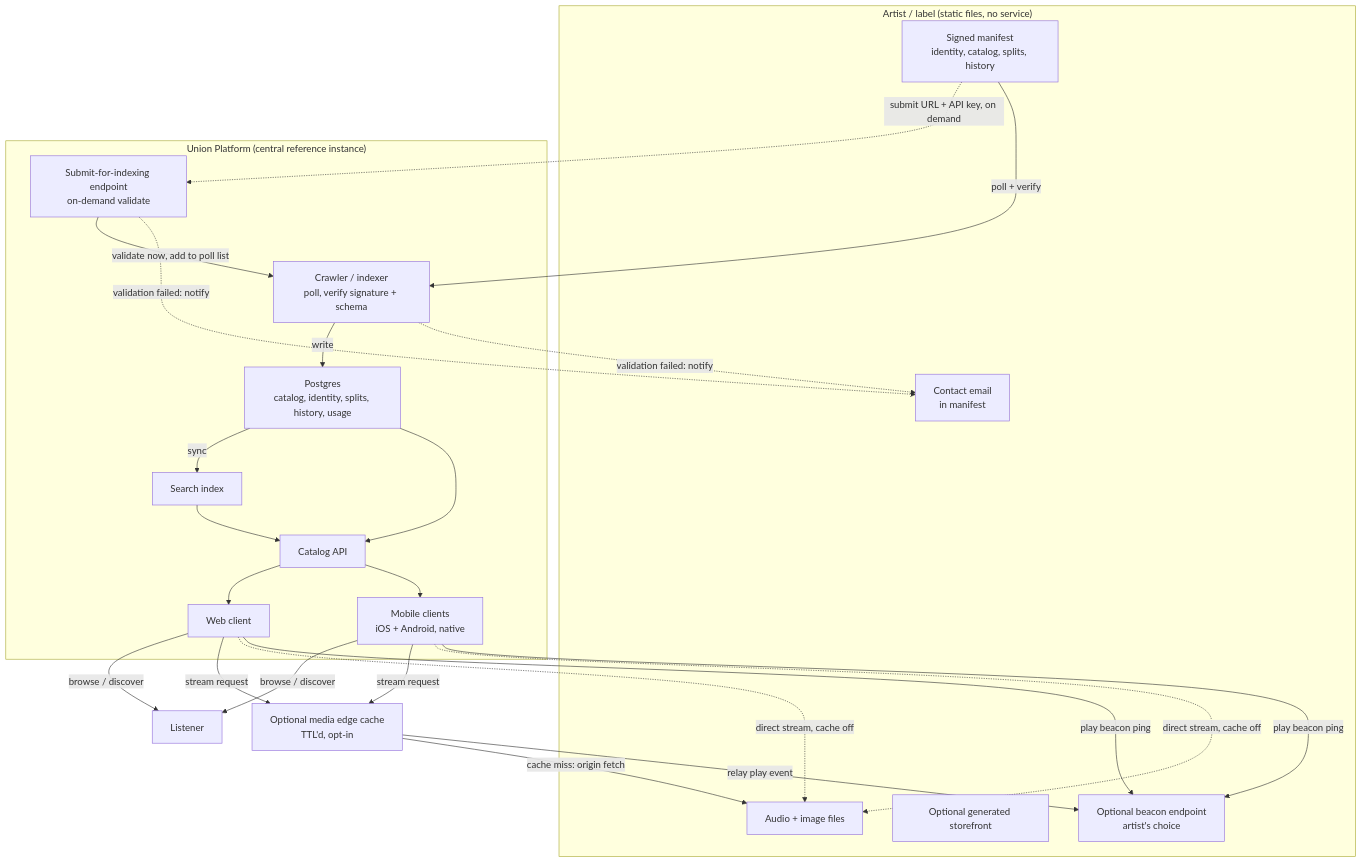
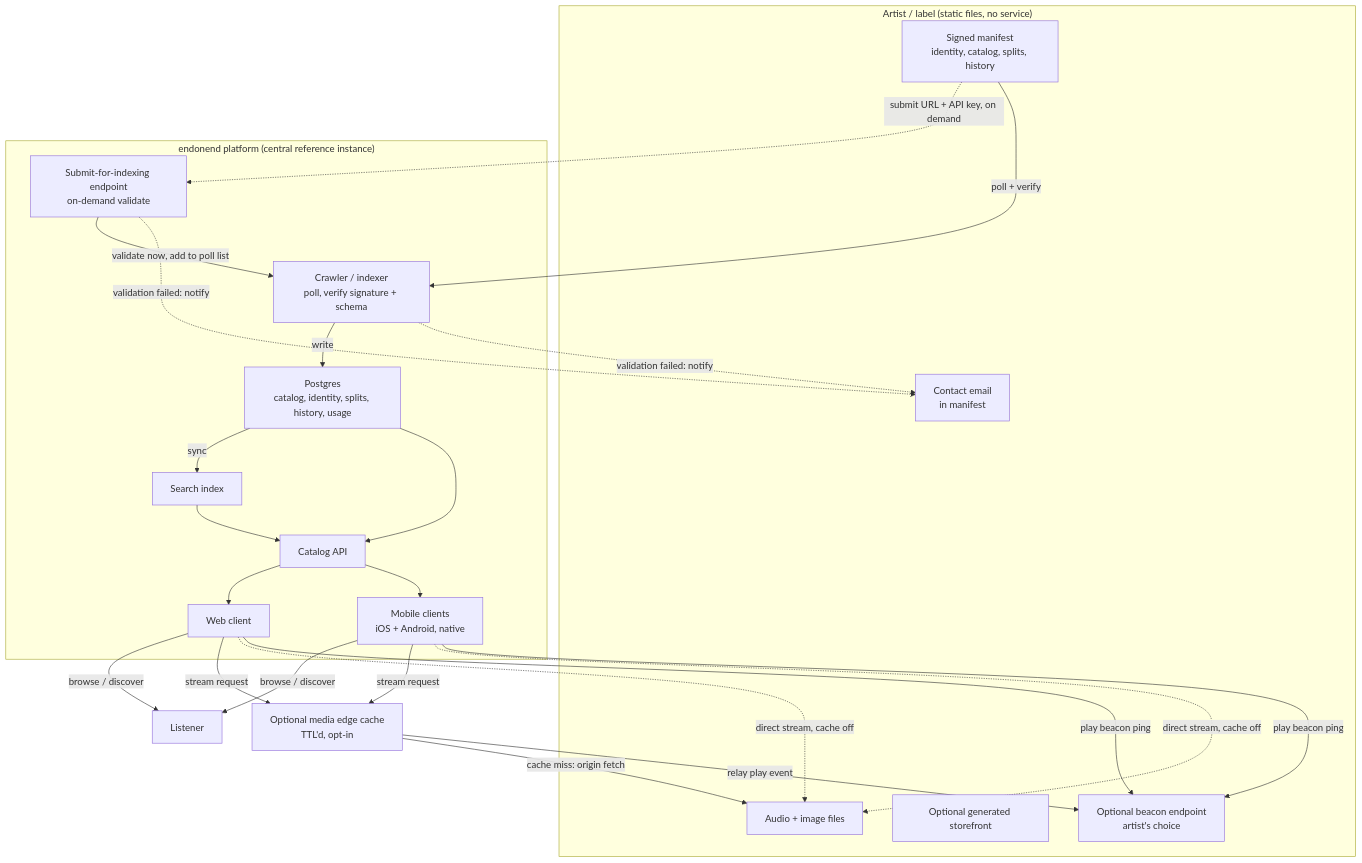
One commit to geekpunk/endonend changed the diagram in KB/0002-architecture.md. Above: the diagram before and after it, drawn with Mermaid. The commit also changed other lines of this file and 32 other files, not shown here.

````diff
--- a/KB/0002-architecture.md
+++ b/KB/0002-architecture.md
@@ -27,49 +27,49 @@
 ```mermaid
 flowchart TB
     subgraph Artist["Artist / label (static files, no service)"]
         Manifest["Signed manifest<br/>identity, catalog, splits, history"]
         Media["Audio + image files"]
         Storefront["Optional generated storefront"]
         Beacon["Optional beacon endpoint<br/>artist's choice"]
         ContactEmail["Contact email<br/>in manifest"]
     end
 
-    subgraph Union["Union Platform (central reference instance)"]
+    subgraph Platform["endonend platform (central reference instance)"]
         Submit["Submit-for-indexing endpoint<br/>on-demand validate"]
         Crawler["Crawler / indexer<br/>poll, verify signature + schema"]
         DB["Postgres<br/>catalog, identity, splits, history, usage"]
         Search["Search index"]
         API["Catalog API"]
         WebApp["Web client"]
         MobileApp["Mobile clients<br/>iOS + Android, native"]
     end
 
     Cache["Optional media edge cache<br/>TTL'd, opt-in"]
     Listener["Listener"]
 
     Manifest -. "submit URL + API key, on demand" .-> Submit
     Submit -- "validate now, add to poll list" --> Crawler
     Submit -. "validation failed: notify" .-> ContactEmail
     Manifest -- "poll + verify" --> Crawler
     Crawler -- "write" --> DB
     Crawler -. "validation failed: notify" .-> ContactEmail
     DB -- "sync" --> Search
     DB --> API
     Search --> API
     API --> WebApp
     API --> MobileApp
 
     WebApp -- "browse / discover" --> Listener
     MobileApp -- "browse / discover" --> Listener
 
     WebApp -- "stream request" --> Cache
     MobileApp -- "stream request" --> Cache
     Cache -- "cache miss: origin fetch" --> Media
     Cache -- "relay play event" --> Beacon
 
     WebApp -. "direct stream, cache off" .-> Media
     MobileApp -. "direct stream, cache off" .-> Media
 
     WebApp -- "play beacon ping" --> Beacon
     MobileApp -- "play beacon ping" --> Beacon
 ```
````
